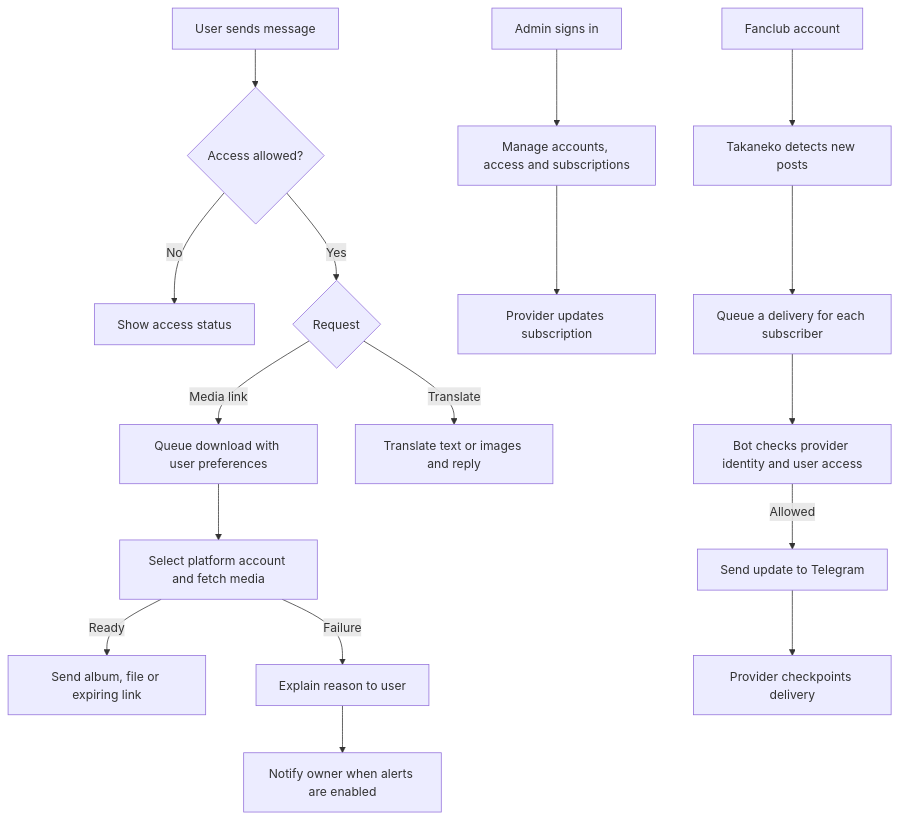
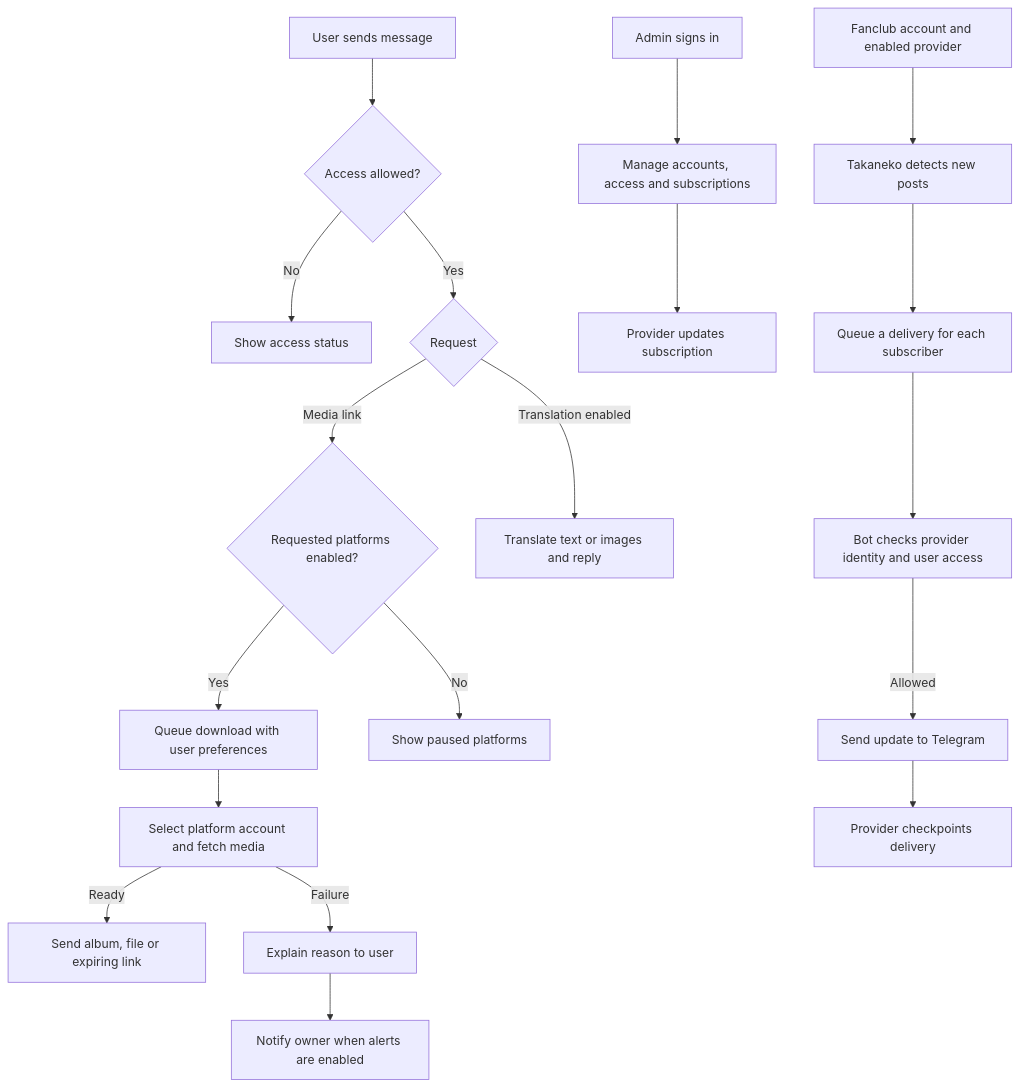
One commit to Senachi124/TelegramSocialDownloader changed the diagram in README.md. Above: the diagram before and after it, drawn with Mermaid. The commit also changed other lines of this file and 24 other files, not shown here.

Commit message:
Add web controls for downloads, translation and Takaneko

````diff
--- a/README.md
+++ b/README.md
@@ -29,19 +32,21 @@
 ```mermaid
 flowchart TD
     A[User sends message] --> B{Access allowed?}
     B -->|No| C[Show access status]
     B -->|Yes| D{Request}
-    D -->|Media link| E[Queue download with user preferences]
+    D -->|Media link| V{Requested platforms enabled?}
+    V -->|Yes| E[Queue download with user preferences]
+    V -->|No| W[Show paused platforms]
     E --> F[Select platform account and fetch media]
     F -->|Ready| G[Send album, file or expiring link]
     F -->|Failure| H[Explain reason to user]
     H --> I[Notify owner when alerts are enabled]
-    D -->|Translate| J[Translate text or images and reply]
+    D -->|Translation enabled| J[Translate text or images and reply]
     K[Admin signs in] --> L[Manage accounts, access and subscriptions]
     L --> M[Provider updates subscription]
-    T[Fanclub account] --> N[Takaneko detects new posts]
+    T[Fanclub account and enabled provider] --> N[Takaneko detects new posts]
     N --> O[Queue a delivery for each subscriber]
     O --> P[Bot checks provider identity and user access]
     P -->|Allowed| Q[Send update to Telegram]
     Q --> R[Provider checkpoints delivery]
 ```
````
